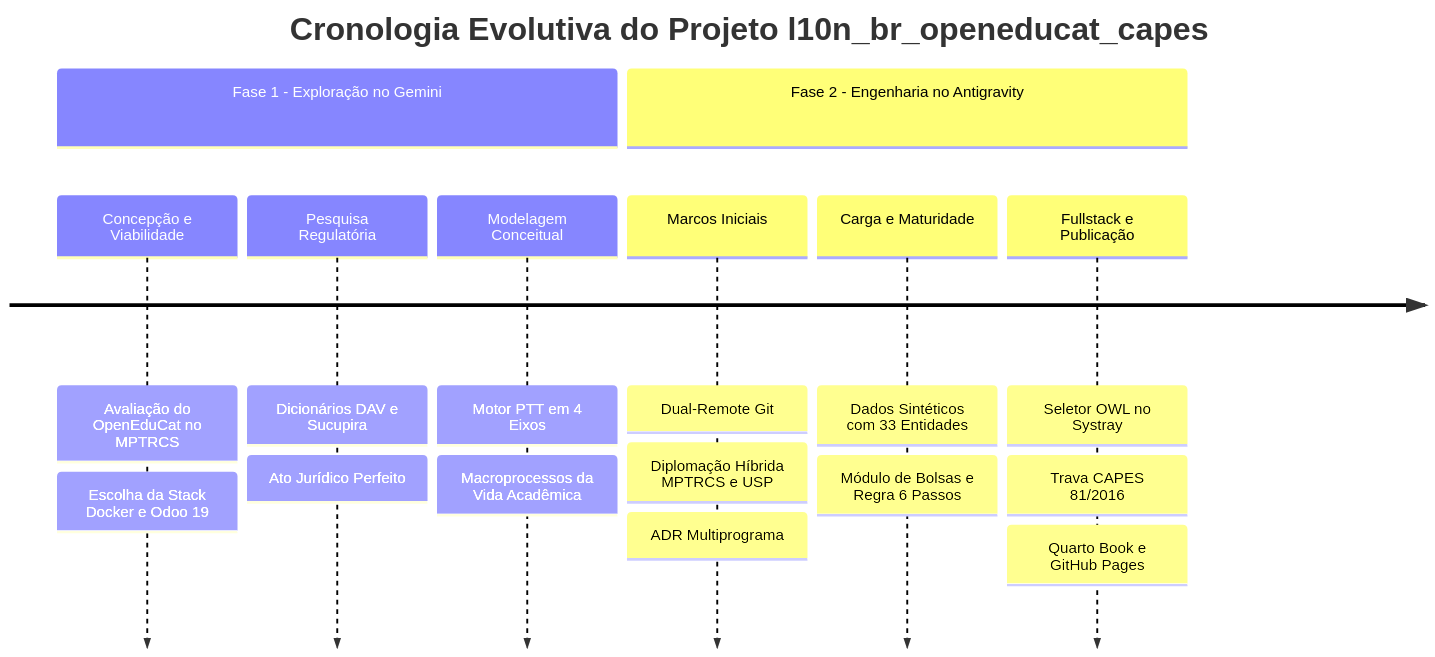
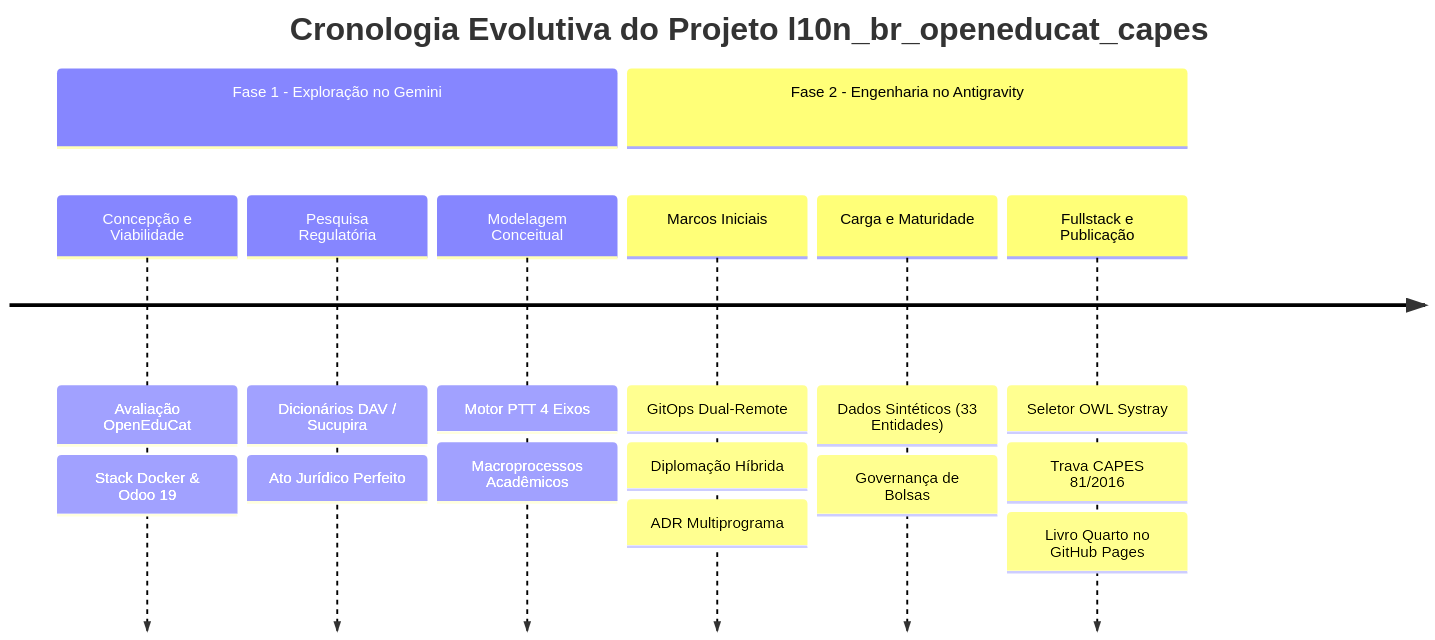
Before and after one commit to momenezes/livroddd: the first of 2 diagrams in 05-cronica-do-desenvolvimento-e-milestones.qmd, drawn with Mermaid. The commit also changed 14 other files, not shown here.

Commit message:
fix: elimina truncamento e melhora contraste de textos nos diagramas mermaid

````diff
--- a/05-cronica-do-desenvolvimento-e-milestones.qmd
+++ b/05-cronica-do-desenvolvimento-e-milestones.qmd
@@ -10,12 +10,12 @@
 ```{mermaid}
 timeline
     title Cronologia Evolutiva do Projeto l10n_br_openeducat_capes
     section Fase 1 - Exploração no Gemini
-        Concepção e Viabilidade : Avaliação do OpenEduCat no MPTRCS : Escolha da Stack Docker e Odoo 19
-        Pesquisa Regulatória : Dicionários DAV e Sucupira : Ato Jurídico Perfeito
-        Modelagem Conceitual : Motor PTT em 4 Eixos : Macroprocessos da Vida Acadêmica
+        Concepção e Viabilidade : Avaliação OpenEduCat : Stack Docker & Odoo 19
+        Pesquisa Regulatória : Dicionários DAV / Sucupira : Ato Jurídico Perfeito
+        Modelagem Conceitual : Motor PTT 4 Eixos : Macroprocessos Acadêmicos
     section Fase 2 - Engenharia no Antigravity
-        Marcos Iniciais : Dual-Remote Git : Diplomação Híbrida MPTRCS e USP : ADR Multiprograma
-        Carga e Maturidade : Dados Sintéticos com 33 Entidades : Módulo de Bolsas e Regra 6 Passos
-        Fullstack e Publicação : Seletor OWL no Systray : Trava CAPES 81/2016 : Quarto Book e GitHub Pages
+        Marcos Iniciais : GitOps Dual-Remote : Diplomação Híbrida : ADR Multiprograma
+        Carga e Maturidade : Dados Sintéticos (33 Entidades) : Governança de Bolsas
+        Fullstack e Publicação : Seletor OWL Systray : Trava CAPES 81/2016 : Livro Quarto no GitHub Pages
 ```
````
